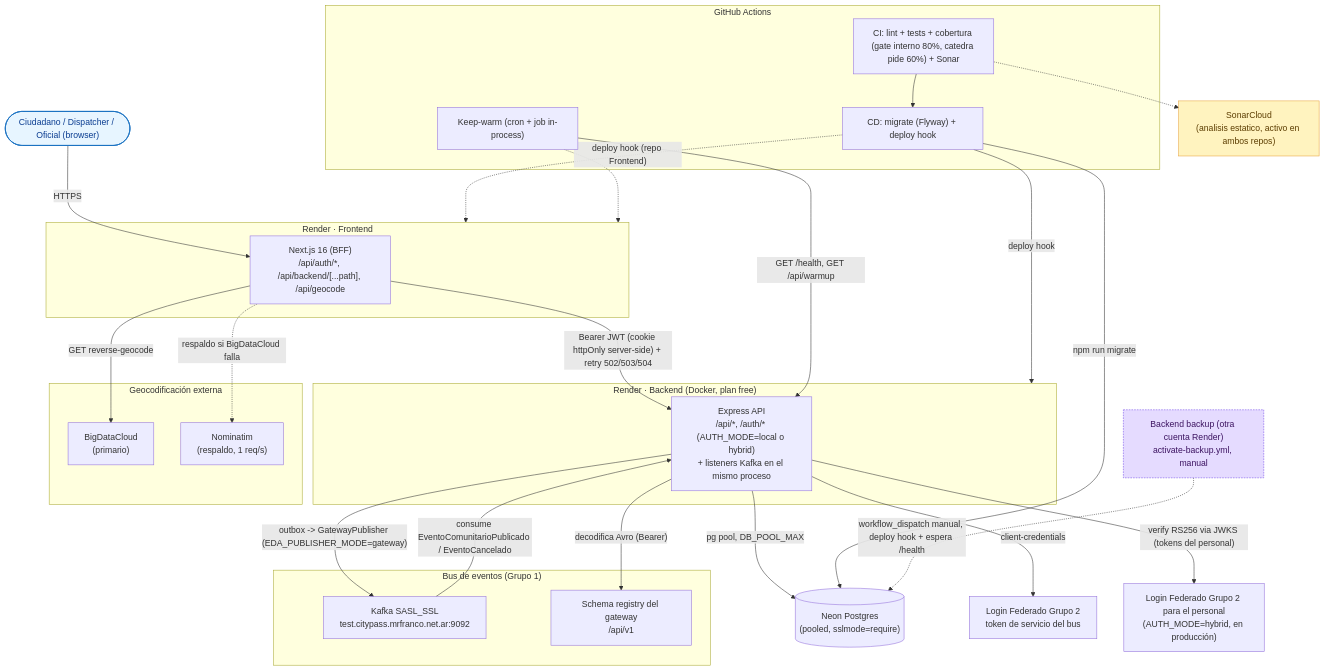
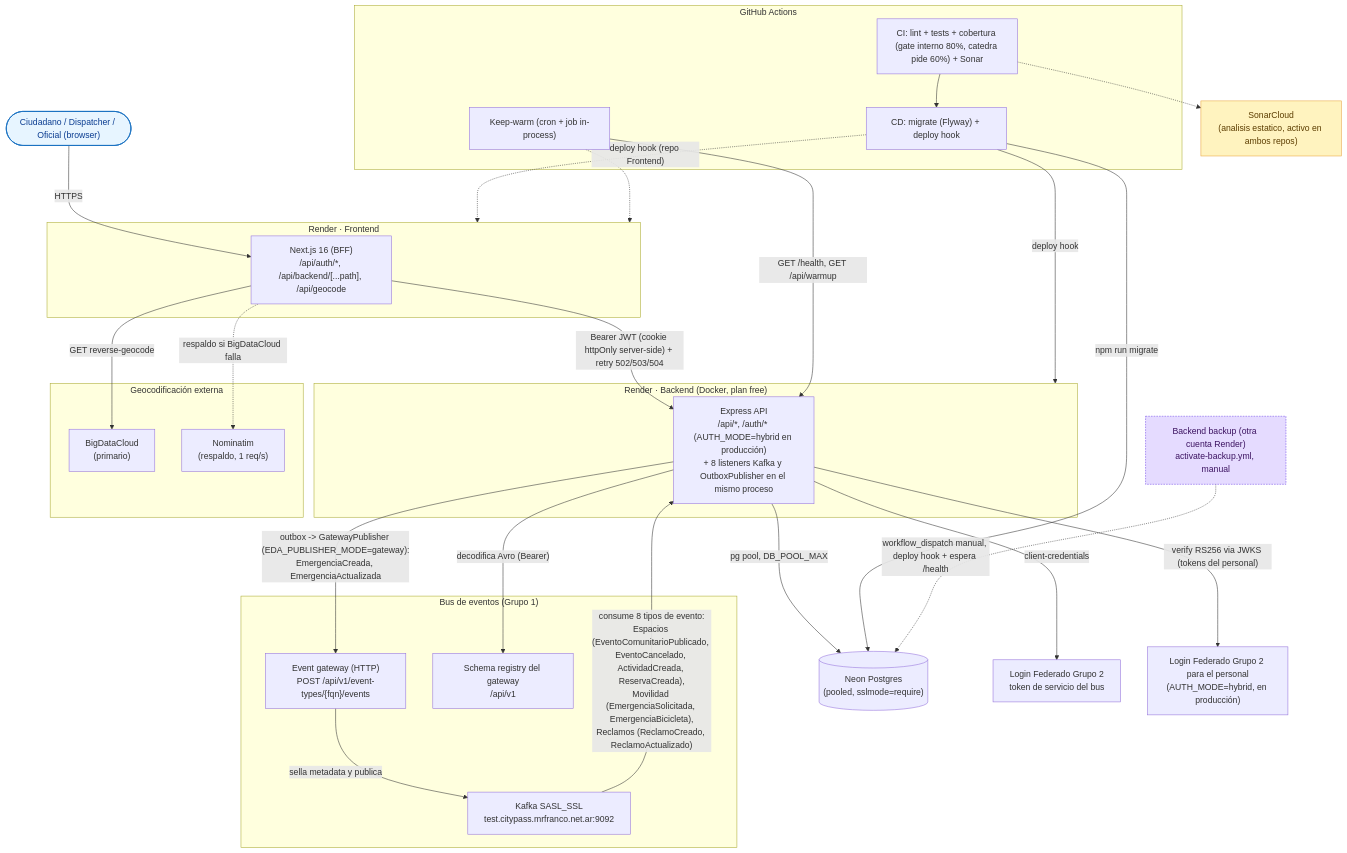
The first of 2 diagrams in docs/diagramas/03-arquitectura.md (G6D2/emergencias-backend), drawn with Mermaid before and after one commit. The commit also changed other lines of this file and 2 other files, not shown here.

First line of the commit message:
docs(diagramas): vista 4+1 y arquitectura al día con producción (#120)

````diff
--- a/docs/diagramas/03-arquitectura.md
+++ b/docs/diagramas/03-arquitectura.md
@@ -8,61 +8,63 @@
 ```mermaid
 flowchart TB
     ciudadano(["Ciudadano / Dispatcher / Oficial (browser)"]):::actor
 
     subgraph rfe["Render · Frontend"]
         bff["Next.js 16 (BFF)<br/>/api/auth/*, /api/backend/[...path], /api/geocode"]
     end
 
     subgraph rbe["Render · Backend (Docker, plan free)"]
-        api["Express API<br/>/api/*, /auth/* (AUTH_MODE=local o hybrid)<br/>+ listeners Kafka en el mismo proceso"]
+        api["Express API<br/>/api/*, /auth/* (AUTH_MODE=hybrid en producción)<br/>+ 8 listeners Kafka y OutboxPublisher en el mismo proceso"]
     end
 
     neon[("Neon Postgres<br/>(pooled, sslmode=require)")]
 
     subgraph edaGroup["Bus de eventos (Grupo 1)"]
         kafka["Kafka SASL_SSL<br/>test.citypass.mrfranco.net.ar:9092"]
+        gateway["Event gateway (HTTP)<br/>POST /api/v1/event-types/{fqn}/events"]
         registry["Schema registry del gateway<br/>/api/v1"]
     end
 
     login["Login Federado Grupo 2<br/>token de servicio del bus"]
     idp["Login Federado Grupo 2 para el personal<br/>(AUTH_MODE=hybrid, en producción)"]
 
     subgraph geo["Geocodificación externa"]
         bdc["BigDataCloud<br/>(primario)"]
         nom["Nominatim<br/>(respaldo, 1 req/s)"]
     end
 
     subgraph gha["GitHub Actions"]
         ci["CI: lint + tests + cobertura (gate interno 80%, catedra pide 60%) + Sonar"]
         cd["CD: migrate (Flyway) + deploy hook"]
         kw["Keep-warm (cron + job in-process)"]
     end
 
     sonar["SonarCloud<br/>(analisis estatico, activo en ambos repos)"]:::optional
 
     backup["Backend backup (otra cuenta Render)<br/>activate-backup.yml, manual"]:::backup
 
     ciudadano -->|HTTPS| bff
     bff -->|"Bearer JWT (cookie httpOnly server-side) + retry 502/503/504"| api
     api -->|"pg pool, DB_POOL_MAX"| neon
-    kafka -->|"consume EventoComunitarioPublicado / EventoCancelado"| api
+    kafka -->|"consume 8 tipos de evento:<br/>Espacios (EventoComunitarioPublicado, EventoCancelado, ActividadCreada, ReservaCreada),<br/>Movilidad (EmergenciaSolicitada, EmergenciaBicicleta),<br/>Reclamos (ReclamoCreado, ReclamoActualizado)"| api
     api -->|"decodifica Avro (Bearer)"| registry
     api -->|"client-credentials"| login
-    api -->|"outbox -> GatewayPublisher (EDA_PUBLISHER_MODE=gateway)"| kafka
+    api -->|"outbox -> GatewayPublisher (EDA_PUBLISHER_MODE=gateway):<br/>EmergenciaCreada, EmergenciaActualizada"| gateway
+    gateway -->|"sella metadata y publica"| kafka
     api -->|"verify RS256 via JWKS (tokens del personal)"| idp
     bff -->|"GET reverse-geocode"| bdc
     bff -.->|"respaldo si BigDataCloud falla"| nom
     ci --> cd
     cd -->|"npm run migrate"| neon
     cd -->|"deploy hook"| rbe
     cd -.->|"deploy hook (repo Frontend)"| rfe
     kw -->|"GET /health, GET /api/warmup"| api
     kw -.-> rfe
     ci -.-> sonar
     backup -.->|"workflow_dispatch manual, deploy hook + espera /health"| neon
 
     classDef actor fill:#e7f5ff,stroke:#1971c2,color:#0b3d91,stroke-width:1.5px;
     classDef planned fill:#f1f3f5,stroke:#adb5bd,color:#495057,stroke-width:1px,stroke-dasharray: 4 3;
     classDef optional fill:#fff3bf,stroke:#e8a33d,color:#5c3d00,stroke-width:1px;
     classDef backup fill:#e5dbff,stroke:#7048e8,color:#3c1361,stroke-width:1px,stroke-dasharray: 3 2;
 ```
````
